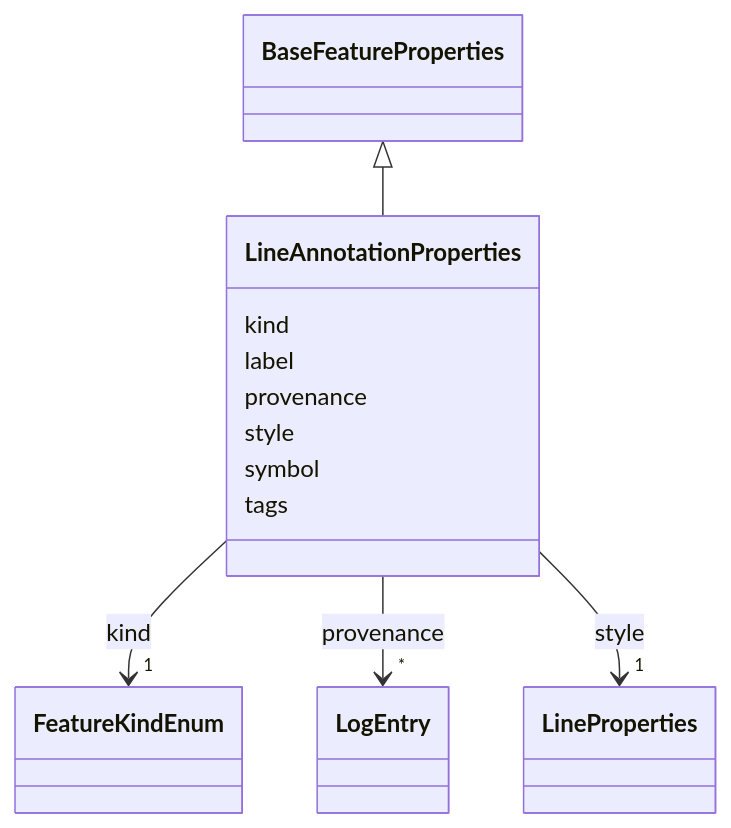
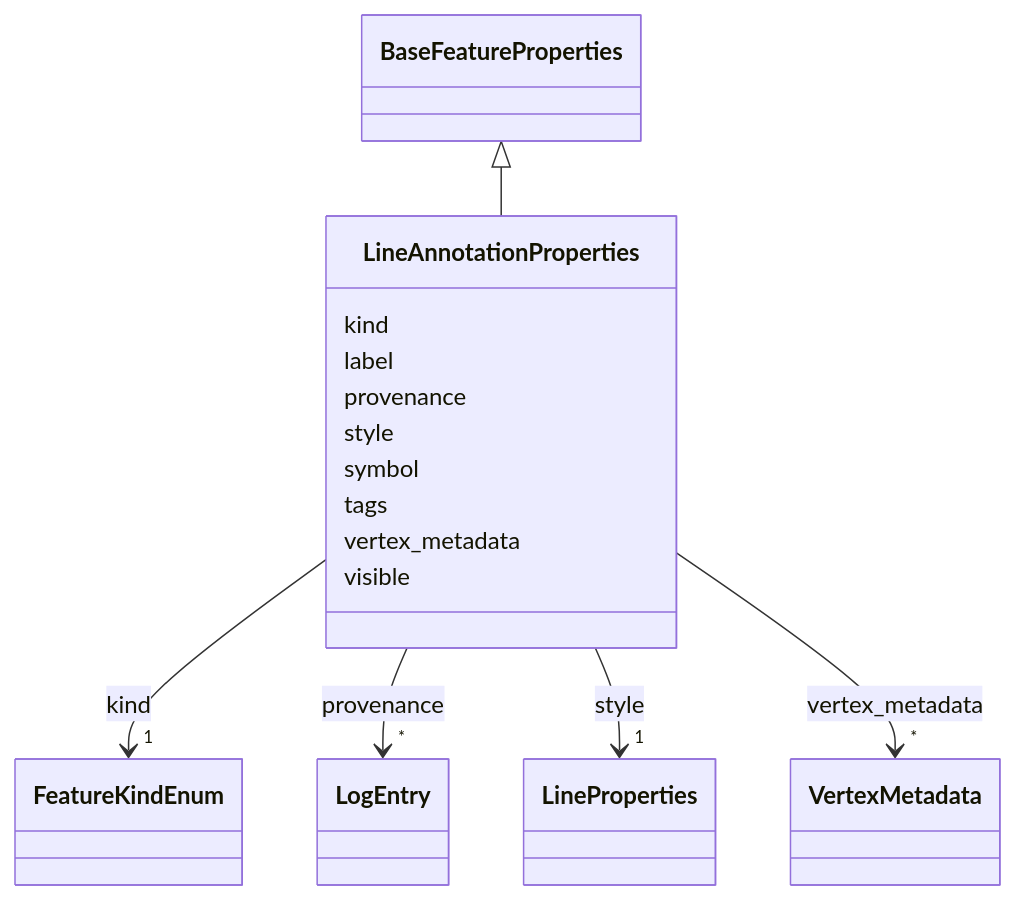
The diagram in schema-docs-md/classes/LineAnnotationProperties.md (debrief/debrief-future), drawn with Mermaid before and after one commit. The commit also changed other lines of this file and 238 other files, not shown here.

````diff
--- a/schema-docs-md/classes/LineAnnotationProperties.md
+++ b/schema-docs-md/classes/LineAnnotationProperties.md
@@ -19,48 +19,61 @@
 ```mermaid
  classDiagram
     class LineAnnotationProperties
     click LineAnnotationProperties href "../../classes/LineAnnotationProperties/"
       BaseFeatureProperties <|-- LineAnnotationProperties
         click BaseFeatureProperties href "../../classes/BaseFeatureProperties/"
       
       LineAnnotationProperties : kind
         
           
     
         
         
         LineAnnotationProperties --> "1" FeatureKindEnum : kind
         click FeatureKindEnum href "../../enums/FeatureKindEnum/"
     
 
         
       LineAnnotationProperties : label
         
       LineAnnotationProperties : provenance
         
           
     
         
         
         LineAnnotationProperties --> "*" LogEntry : provenance
         click LogEntry href "../../classes/LogEntry/"
     
 
         
       LineAnnotationProperties : style
         
           
     
         
         
         LineAnnotationProperties --> "1" LineProperties : style
         click LineProperties href "../../classes/LineProperties/"
     
 
         
       LineAnnotationProperties : symbol
         
       LineAnnotationProperties : tags
         
+      LineAnnotationProperties : vertex_metadata
+        
+          
+    
+        
+        
+        LineAnnotationProperties --> "*" VertexMetadata : vertex_metadata
+        click VertexMetadata href "../../classes/VertexMetadata/"
+    
+
+        
+      LineAnnotationProperties : visible
+        
       
 ```
````
